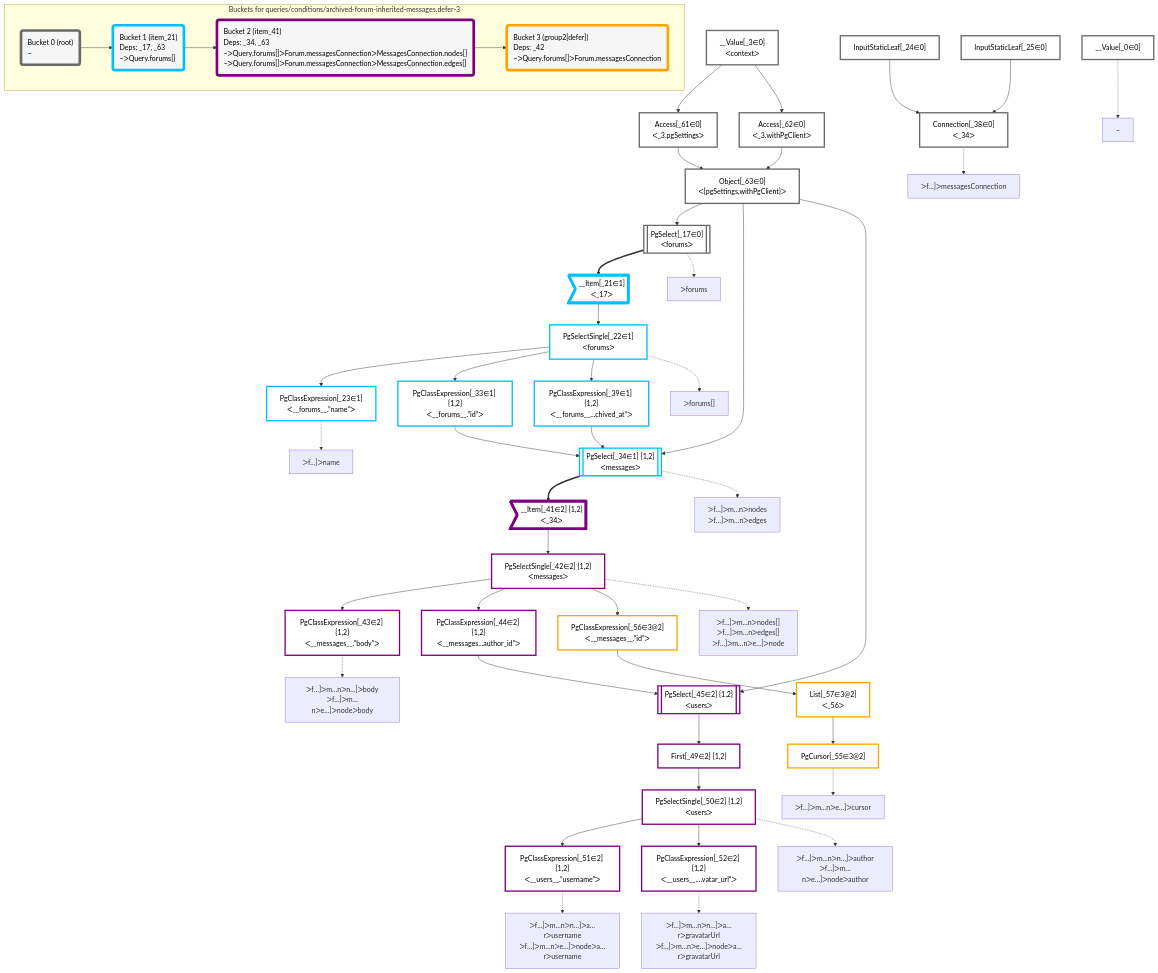
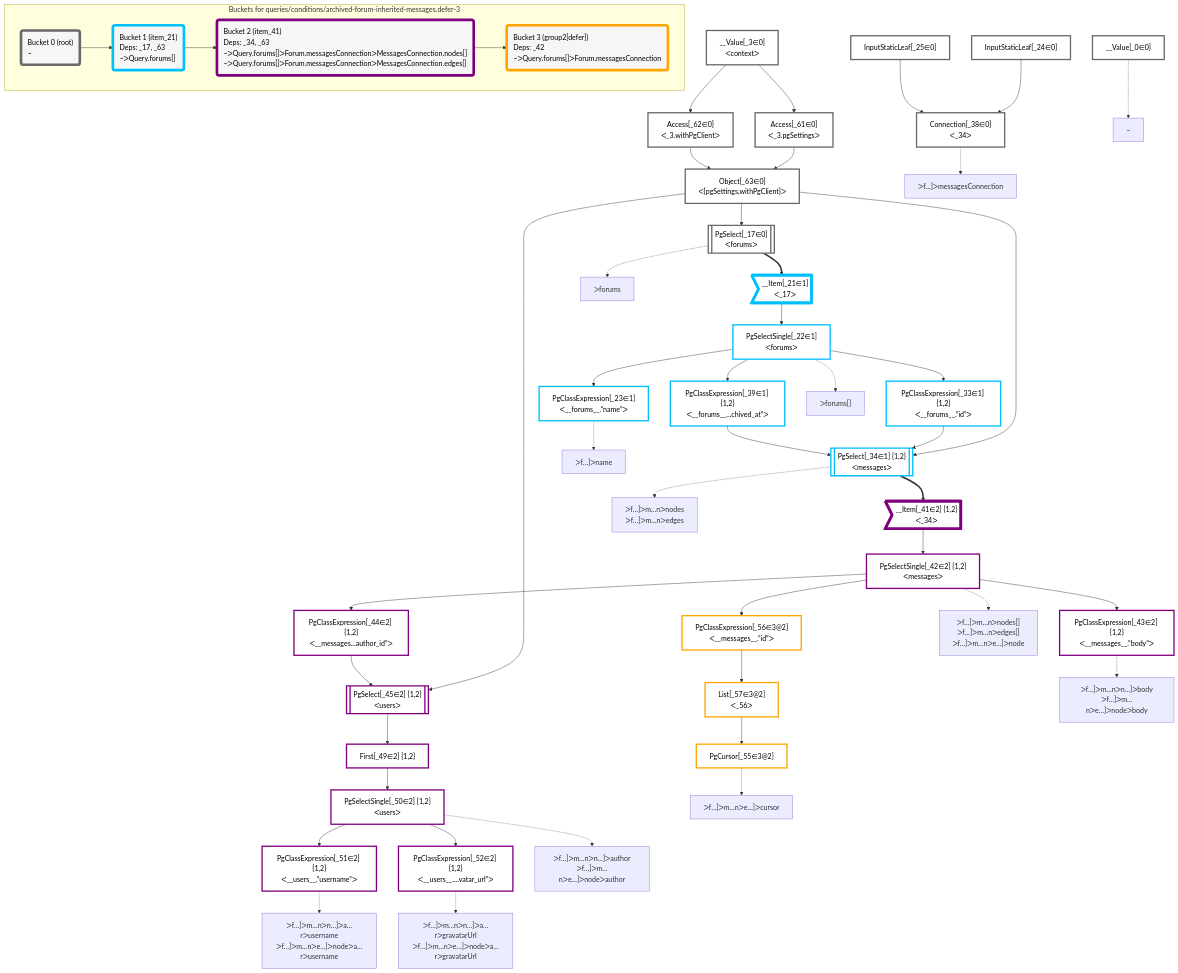
Before and after one commit to graphile/crystal: the diagram in packages/dataplan-pg/__tests__/queries/conditions/archived-forum-inherited-messages.defer-3.deopt.mermaid.md, drawn with Mermaid. The commit also changed other lines of this file and 195 other files, not shown here.

```diff
--- a/packages/dataplan-pg/__tests__/queries/conditions/archived-forum-inherited-messages.defer-3.deopt.mermaid.md
+++ b/packages/dataplan-pg/__tests__/queries/conditions/archived-forum-inherited-messages.defer-3.deopt.mermaid.md
@@ -9,57 +9,57 @@
 
     %% define plans
     __Value_0["__Value[_0∈0]"]:::plan
+    PgClassExpression_23["PgClassExpression[_23∈1]<br />ᐸ__forums__.”name”ᐳ"]:::plan
+    PgClassExpression_43["PgClassExpression[_43∈2] {1,2}<br />ᐸ__messages__.”body”ᐳ"]:::plan
+    PgClassExpression_51["PgClassExpression[_51∈2] {1,2}<br />ᐸ__users__.”username”ᐳ"]:::plan
+    PgClassExpression_52["PgClassExpression[_52∈2] {1,2}<br />ᐸ__users__....vatar_url”ᐳ"]:::plan
+    PgSelectSingle_50["PgSelectSingle[_50∈2] {1,2}<br />ᐸusersᐳ"]:::plan
+    First_49["First[_49∈2] {1,2}"]:::plan
+    PgSelect_45[["PgSelect[_45∈2] {1,2}<br />ᐸusersᐳ"]]:::plan
+    PgClassExpression_44["PgClassExpression[_44∈2] {1,2}<br />ᐸ__messages...author_id”ᐳ"]:::plan
+    PgCursor_55["PgCursor[_55∈3@2]"]:::plan
+    List_57["List[_57∈3@2]<br />ᐸ_56ᐳ"]:::plan
+    PgClassExpression_56["PgClassExpression[_56∈3@2]<br />ᐸ__messages__.”id”ᐳ"]:::plan
+    PgSelectSingle_42["PgSelectSingle[_42∈2] {1,2}<br />ᐸmessagesᐳ"]:::plan
+    __Item_41>"__Item[_41∈2] {1,2}<br />ᐸ_34ᐳ"]:::itemplan
+    PgSelect_34[["PgSelect[_34∈1] {1,2}<br />ᐸmessagesᐳ"]]:::plan
+    PgClassExpression_33["PgClassExpression[_33∈1] {1,2}<br />ᐸ__forums__.”id”ᐳ"]:::plan
+    PgClassExpression_39["PgClassExpression[_39∈1] {1,2}<br />ᐸ__forums__...chived_at”ᐳ"]:::plan
+    PgSelectSingle_22["PgSelectSingle[_22∈1]<br />ᐸforumsᐳ"]:::plan
+    __Item_21>"__Item[_21∈1]<br />ᐸ_17ᐳ"]:::itemplan
+    PgSelect_17[["PgSelect[_17∈0]<br />ᐸforumsᐳ"]]:::plan
+    Object_63["Object[_63∈0]<br />ᐸ{pgSettings,withPgClient}ᐳ"]:::plan
+    Access_61["Access[_61∈0]<br />ᐸ_3.pgSettingsᐳ"]:::plan
+    Access_62["Access[_62∈0]<br />ᐸ_3.withPgClientᐳ"]:::plan
     __Value_3["__Value[_3∈0]<br />ᐸcontextᐳ"]:::plan
-    PgSelect_17[["PgSelect[_17∈0]<br />ᐸforumsᐳ"]]:::plan
-    __Item_21>"__Item[_21∈1]<br />ᐸ_17ᐳ"]:::itemplan
-    PgSelectSingle_22["PgSelectSingle[_22∈1]<br />ᐸforumsᐳ"]:::plan
-    PgClassExpression_23["PgClassExpression[_23∈1]<br />ᐸ__forums__.”name”ᐳ"]:::plan
+    Connection_38["Connection[_38∈0]<br />ᐸ_34ᐳ"]:::plan
     InputStaticLeaf_24["InputStaticLeaf[_24∈0]"]:::plan
     InputStaticLeaf_25["InputStaticLeaf[_25∈0]"]:::plan
-    PgClassExpression_33["PgClassExpression[_33∈1] {1,2}<br />ᐸ__forums__.”id”ᐳ"]:::plan
-    PgSelect_34[["PgSelect[_34∈1] {1,2}<br />ᐸmessagesᐳ"]]:::plan
-    Connection_38["Connection[_38∈0]<br />ᐸ_34ᐳ"]:::plan
-    PgClassExpression_39["PgClassExpression[_39∈1] {1,2}<br />ᐸ__forums__...chived_at”ᐳ"]:::plan
-    __Item_41>"__Item[_41∈2] {1,2}<br />ᐸ_34ᐳ"]:::itemplan
-    PgSelectSingle_42["PgSelectSingle[_42∈2] {1,2}<br />ᐸmessagesᐳ"]:::plan
-    PgClassExpression_43["PgClassExpression[_43∈2] {1,2}<br />ᐸ__messages__.”body”ᐳ"]:::plan
-    PgClassExpression_44["PgClassExpression[_44∈2] {1,2}<br />ᐸ__messages...author_id”ᐳ"]:::plan
-    PgSelect_45[["PgSelect[_45∈2] {1,2}<br />ᐸusersᐳ"]]:::plan
-    First_49["First[_49∈2] {1,2}"]:::plan
-    PgSelectSingle_50["PgSelectSingle[_50∈2] {1,2}<br />ᐸusersᐳ"]:::plan
-    PgClassExpression_51["PgClassExpression[_51∈2] {1,2}<br />ᐸ__users__.”username”ᐳ"]:::plan
-    PgClassExpression_52["PgClassExpression[_52∈2] {1,2}<br />ᐸ__users__....vatar_url”ᐳ"]:::plan
-    PgCursor_55["PgCursor[_55∈3@2]"]:::plan
-    PgClassExpression_56["PgClassExpression[_56∈3@2]<br />ᐸ__messages__.”id”ᐳ"]:::plan
-    List_57["List[_57∈3@2]<br />ᐸ_56ᐳ"]:::plan
-    Access_61["Access[_61∈0]<br />ᐸ_3.pgSettingsᐳ"]:::plan
-    Access_62["Access[_62∈0]<br />ᐸ_3.withPgClientᐳ"]:::plan
-    Object_63["Object[_63∈0]<br />ᐸ{pgSettings,withPgClient}ᐳ"]:::plan
 
     %% plan dependencies
-    Object_63 --> PgSelect_17
-    PgSelect_17 ==> __Item_21
-    __Item_21 --> PgSelectSingle_22
     PgSelectSingle_22 --> PgClassExpression_23
-    PgSelectSingle_22 --> PgClassExpression_33
-    Object_63 & PgClassExpression_33 & PgClassExpression_39 --> PgSelect_34
-    InputStaticLeaf_24 & InputStaticLeaf_25 --> Connection_38
-    PgSelectSingle_22 --> PgClassExpression_39
-    PgSelect_34 ==> __Item_41
-    __Item_41 --> PgSelectSingle_42
     PgSelectSingle_42 --> PgClassExpression_43
-    PgSelectSingle_42 --> PgClassExpression_44
-    Object_63 & PgClassExpression_44 --> PgSelect_45
-    PgSelect_45 --> First_49
-    First_49 --> PgSelectSingle_50
     PgSelectSingle_50 --> PgClassExpression_51
     PgSelectSingle_50 --> PgClassExpression_52
+    First_49 --> PgSelectSingle_50
+    PgSelect_45 --> First_49
+    Object_63 & PgClassExpression_44 --> PgSelect_45
+    PgSelectSingle_42 --> PgClassExpression_44
     List_57 --> PgCursor_55
+    PgClassExpression_56 --> List_57
     PgSelectSingle_42 --> PgClassExpression_56
-    PgClassExpression_56 --> List_57
+    __Item_41 --> PgSelectSingle_42
+    PgSelect_34 ==> __Item_41
+    Object_63 & PgClassExpression_33 & PgClassExpression_39 --> PgSelect_34
+    PgSelectSingle_22 --> PgClassExpression_33
+    PgSelectSingle_22 --> PgClassExpression_39
+    __Item_21 --> PgSelectSingle_22
+    PgSelect_17 ==> __Item_21
+    Object_63 --> PgSelect_17
+    Access_61 & Access_62 --> Object_63
     __Value_3 --> Access_61
     __Value_3 --> Access_62
-    Access_61 & Access_62 --> Object_63
+    InputStaticLeaf_24 & InputStaticLeaf_25 --> Connection_38
 
     %% plan-to-path relationships
     P_0["~"]
```
